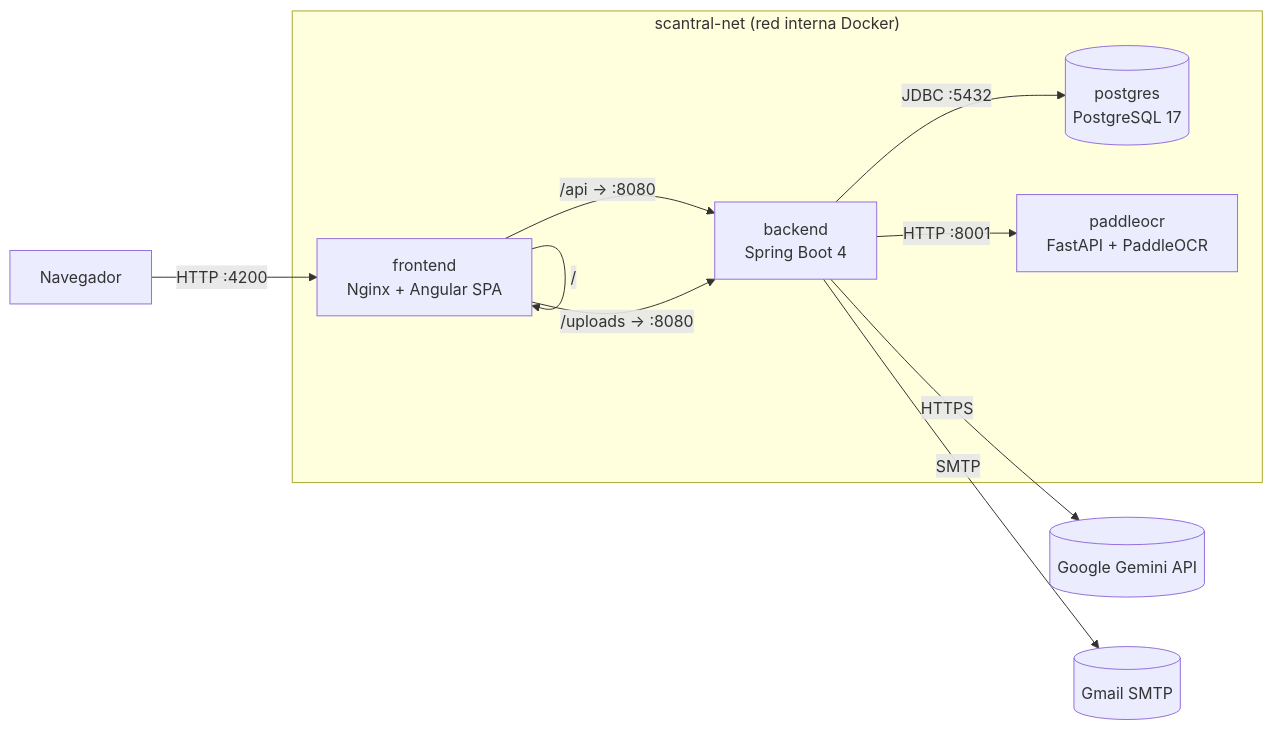
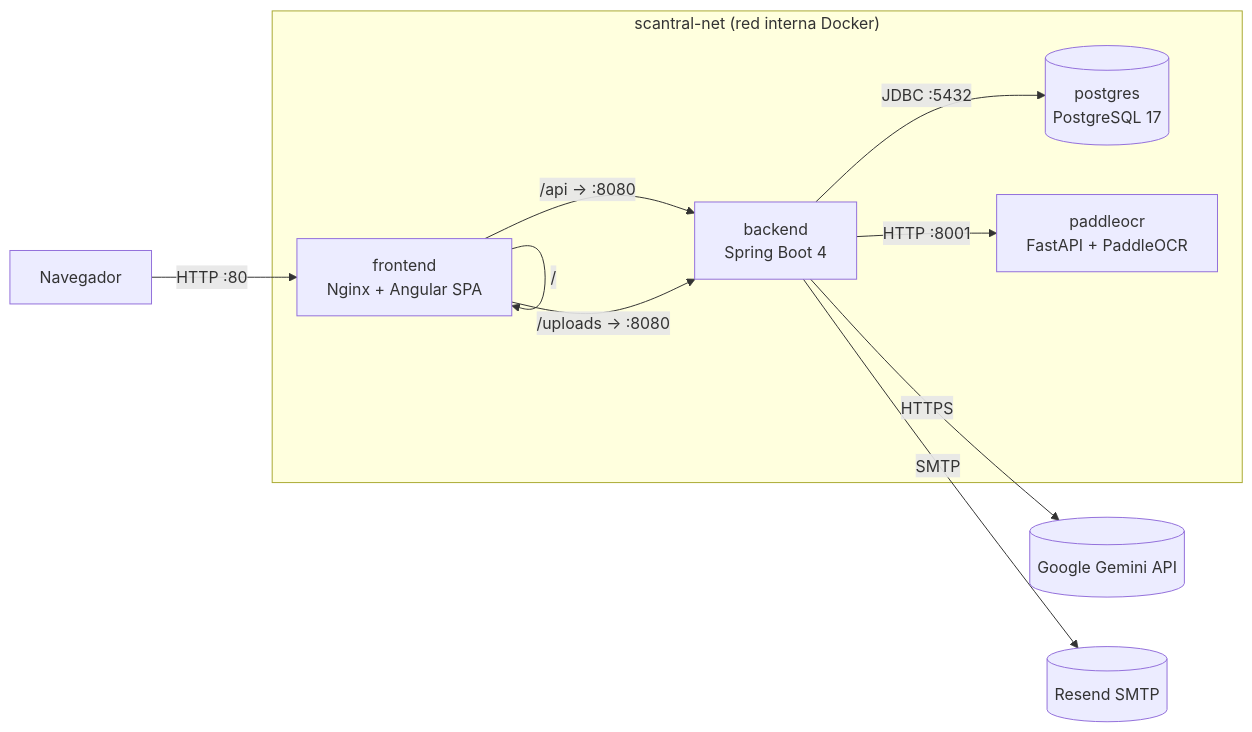
Before and after one commit to nolocardeno/Proyecto-Final: the diagram in DEPLOY.md, drawn with Mermaid. The commit also changed other lines of this file and 5 other files, not shown here.

````diff
--- a/DEPLOY.md
+++ b/DEPLOY.md
@@ -37,18 +37,18 @@
 ```mermaid
 flowchart LR
-    Browser["Navegador"] -->|HTTP :4200| FE["frontend<br/>Nginx + Angular SPA"]
+    Browser["Navegador"] -->|HTTP :80| FE["frontend<br/>Nginx + Angular SPA"]
     FE -->|/| FE
     FE -->|"/api → :8080"| BE["backend<br/>Spring Boot 4"]
     FE -->|"/uploads → :8080"| BE
     BE -->|JDBC :5432| DB[("postgres<br/>PostgreSQL 17")]
     BE -->|HTTP :8001| OCR["paddleocr<br/>FastAPI + PaddleOCR"]
     BE -->|HTTPS| Gemini[("Google Gemini API")]
-    BE -->|SMTP| Mail[("Gmail SMTP")]
+    BE -->|SMTP| Mail[("Resend SMTP")]
 
     subgraph "scantral-net (red interna Docker)"
         FE
         BE
         DB
         OCR
     end
 ```
````
